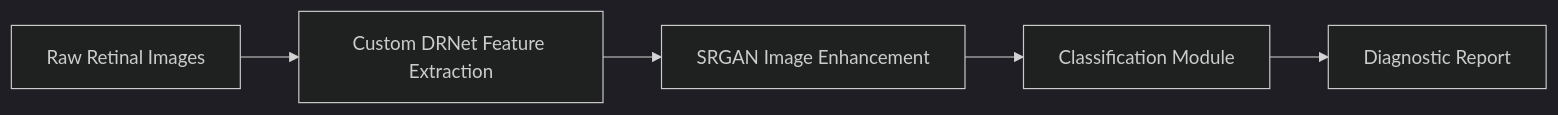
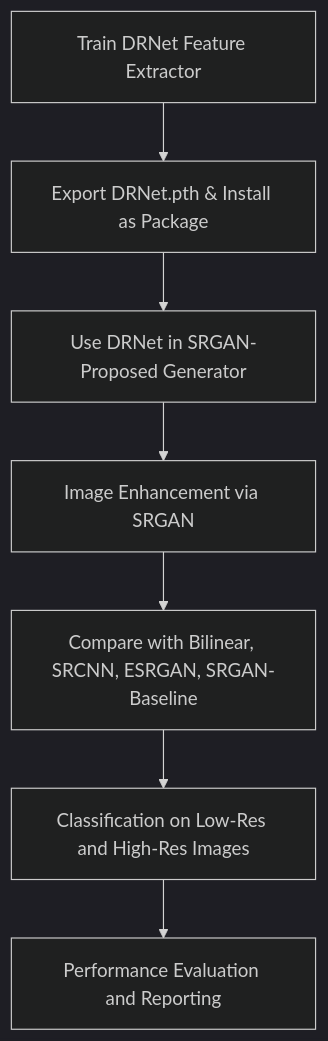
Before and after one commit to nameishyam/code-implementation: the diagram in README.md, drawn with Mermaid (dark theme). The commit also changed other lines of this file, not shown here.

````diff
--- a/README.md
+++ b/README.md
@@ -53,7 +50,9 @@
 ```mermaid
-flowchart LR
-    A[Raw Retinal Images] --> B[Custom DRNet Feature Extraction]
-    B --> C[SRGAN Image Enhancement]
-    C --> D[Classification Module]
-    D --> E[Diagnostic Report]
+flowchart TD
+    A[Train DRNet Feature Extractor] --> B[Export DRNet.pth & Install as Package]
+    B --> C[Use DRNet in SRGAN-Proposed Generator]
+    C --> D[Image Enhancement via SRGAN]
+    D --> E[Compare with Bilinear, SRCNN, ESRGAN, SRGAN-Baseline]
+    E --> F[Classification on Low-Res and High-Res Images]
+    F --> G[Performance Evaluation and Reporting]
 ```
````
